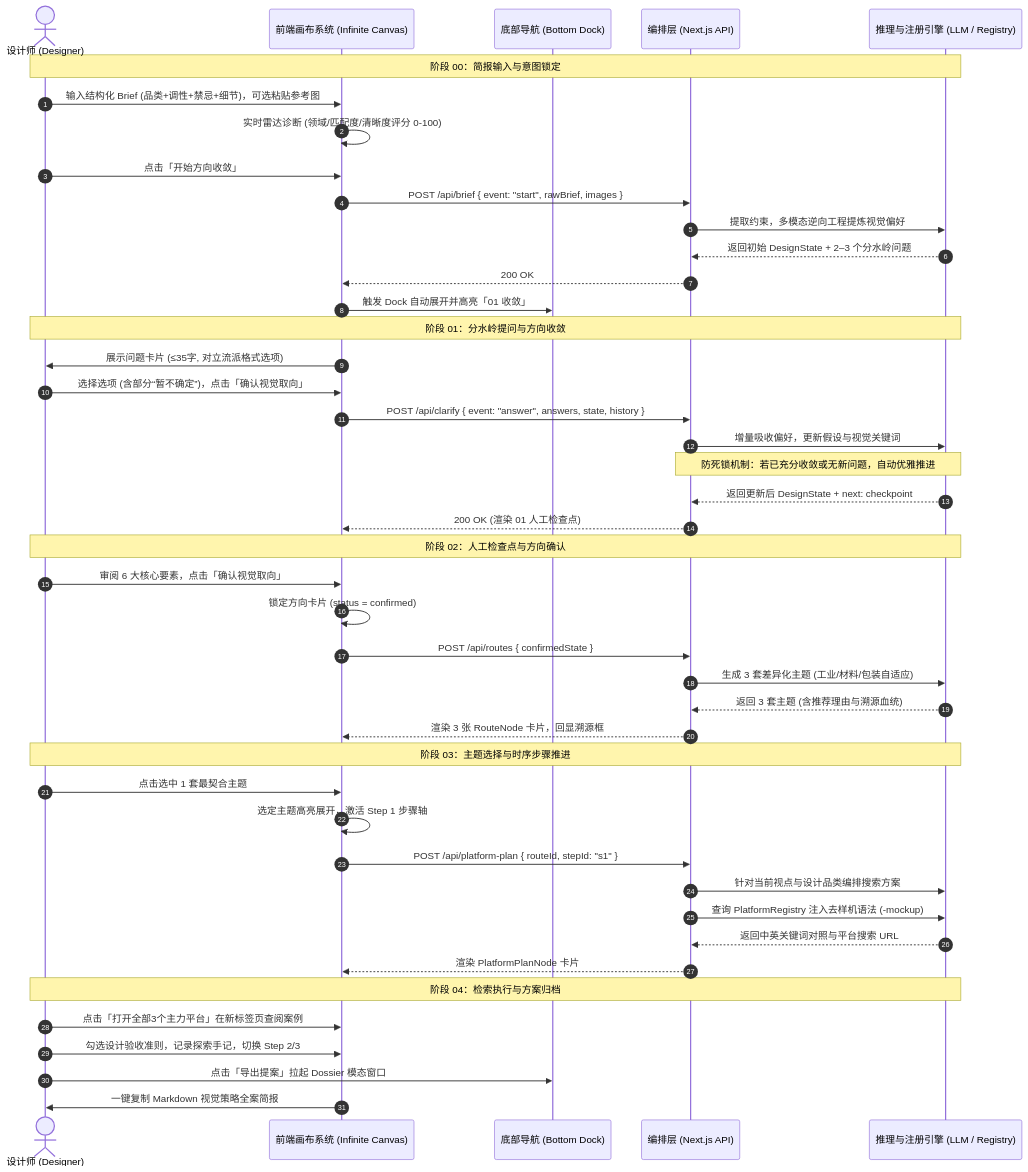
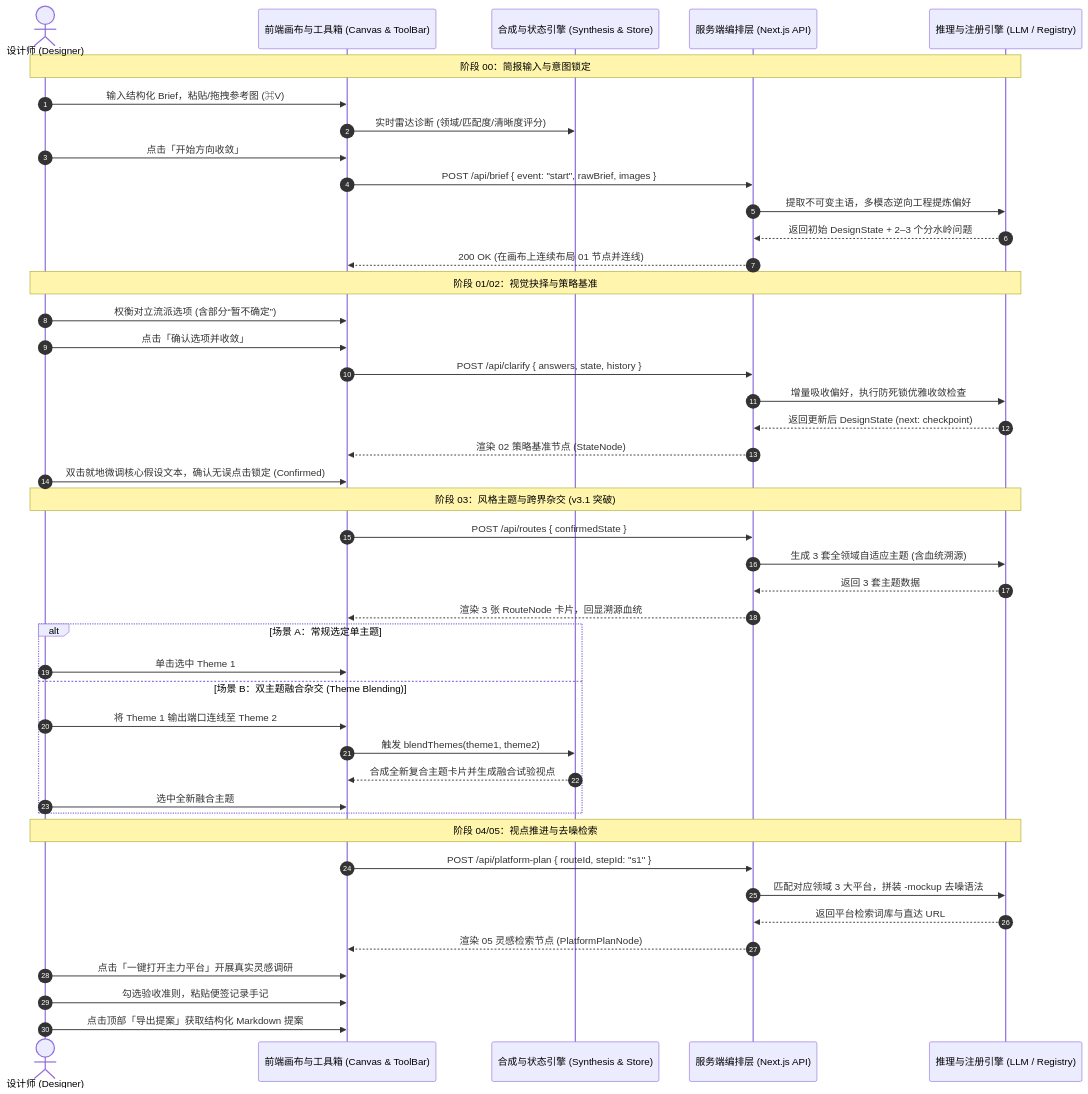
One commit to imLeyson/SIFT-Veribox changed the third of 5 diagrams in docs/SIFT_PRD_AND_USER_FLOW.md. Above: the diagram before and after it, drawn with Mermaid. The commit also changed other lines of this file and 5 other files, not shown here.

````diff
--- a/docs/SIFT_PRD_AND_USER_FLOW.md
+++ b/docs/SIFT_PRD_AND_USER_FLOW.md
@@ -214,51 +218,50 @@
 ```mermaid
 sequenceDiagram
     autonumber
     actor U as 设计师 (Designer)
-    participant C as 前端画布系统 (Infinite Canvas)
-    participant D as 底部导航 (Bottom Dock)
-    participant O as 编排层 (Next.js API)
+    participant C as 前端画布与工具箱 (Canvas & ToolBar)
+    participant S as 合成与状态引擎 (Synthesis & Store)
+    participant O as 服务端编排层 (Next.js API)
     participant L as 推理与注册引擎 (LLM / Registry)
 
     Note over U, L: 阶段 00：简报输入与意图锁定
-    U->>C: 输入结构化 Brief (品类+调性+禁忌+细节)，可选粘贴参考图
-    C->>C: 实时雷达诊断 (领域/匹配度/清晰度评分 0-100)
+    U->>C: 输入结构化 Brief，粘贴/拖拽参考图 (⌘V)
+    C->>S: 实时雷达诊断 (领域/匹配度/清晰度评分)
     U->>C: 点击「开始方向收敛」
     C->>O: POST /api/brief { event: "start", rawBrief, images }
-    O->>L: 提取约束，多模态逆向工程提炼视觉偏好
+    O->>L: 提取不可变主语，多模态逆向工程提炼偏好
     L-->>O: 返回初始 DesignState + 2–3 个分水岭问题
-    O-->>C: 200 OK
-    C->>D: 触发 Dock 自动展开并高亮「01 收敛」
+    O-->>C: 200 OK (在画布上连续布局 01 节点并连线)
 
-    Note over U, L: 阶段 01：分水岭提问与方向收敛
-    C->>U: 展示问题卡片 (≤35字, 对立流派格式选项)
-    U->>C: 选择选项 (含部分“暂不确定”)，点击「确认视觉取向」
-    C->>O: POST /api/clarify { event: "answer", answers, state, history }
-    O->>L: 增量吸收偏好，更新假设与视觉关键词
-    Note over O, L: 防死锁机制：若已充分收敛或无新问题，自动优雅推进
-    L-->>O: 返回更新后 DesignState + next: checkpoint
-    O-->>C: 200 OK (渲染 01 人工检查点)
+    Note over U, L: 阶段 01/02：视觉抉择与策略基准
+    U->>C: 权衡对立流派选项 (含部分“暂不确定”)
+    U->>C: 点击「确认选项并收敛」
+    C->>O: POST /api/clarify { answers, state, history }
+    O->>L: 增量吸收偏好，执行防死锁优雅收敛检查
+    L-->>O: 返回更新后 DesignState (next: checkpoint)
+    O-->>C: 渲染 02 策略基准节点 (StateNode)
+    U->>C: 双击就地微调核心假设文本，确认无误点击锁定 (Confirmed)
 
-    Note over U, L: 阶段 02：人工检查点与方向确认
-    U->>C: 审阅 6 大核心要素，点击「确认视觉取向」
-    C->>C: 锁定方向卡片 (status = confirmed)
+    Note over U, L: 阶段 03：风格主题与跨界杂交 (v3.1 突破)
     C->>O: POST /api/routes { confirmedState }
-    O->>L: 生成 3 套差异化主题 (工业/材料/包装自适应)
-    L-->>O: 返回 3 套主题 (含推荐理由与溯源血统)
-    O-->>C: 渲染 3 张 RouteNode 卡片，回显溯源框
+    O->>L: 生成 3 套全领域自适应主题 (含血统溯源)
+    L-->>O: 返回 3 套主题数据
+    O-->>C: 渲染 3 张 RouteNode 卡片，回显溯源血统
+    alt 场景 A：常规选定单主题
+        U->>C: 单击选中 Theme 1
+    else 场景 B：双主题融合杂交 (Theme Blending)
+        U->>C: 将 Theme 1 输出端口连线至 Theme 2
+        C->>S: 触发 blendThemes(theme1, theme2)
+        S-->>C: 合成全新复合主题卡片并生成融合试验视点
+        U->>C: 选中全新融合主题
+    end
 
-    Note over U, L: 阶段 03：主题选择与时序步骤推进
-    U->>C: 点击选中 1 套最契合主题
-    C->>C: 选定主题高亮展开，激活 Step 1 步骤轴
+    Note over U, L: 阶段 04/05：视点推进与去噪检索
     C->>O: POST /api/platform-plan { routeId, stepId: "s1" }
-    O->>L: 针对当前视点与设计品类编排搜索方案
-    O->>L: 查询 PlatformRegistry 注入去样机语法 (-mockup)
-    L-->>O: 返回中英关键词对照与平台搜索 URL
-    O-->>C: 渲染 PlatformPlanNode 卡片
-
-    Note over U, L: 阶段 04：检索执行与方案归档
-    U->>C: 点击「打开全部3个主力平台」在新标签页查阅案例
-    U->>C: 勾选设计验收准则，记录探索手记，切换 Step 2/3
-    U->>D: 点击「导出提案」拉起 Dossier 模态窗口
-    C->>U: 一键复制 Markdown 视觉策略全案简报
+    O->>L: 匹配对应领域 3 大平台，拼装 -mockup 去噪语法
+    L-->>O: 返回平台检索词库与直达 URL
+    O-->>C: 渲染 05 灵感检索节点 (PlatformPlanNode)
+    U->>C: 点击「一键打开主力平台」开展真实灵感调研
+    U->>C: 勾选验收准则，粘贴便签记录手记
+    U->>C: 点击顶部「导出提案」获取结构化 Markdown 提案
 ```
````
